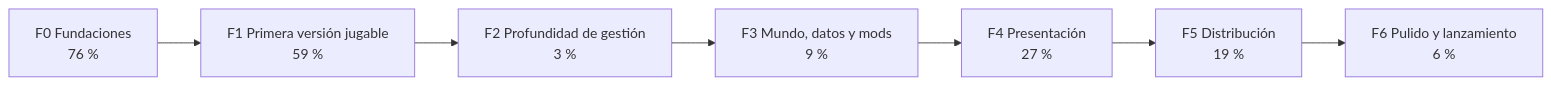
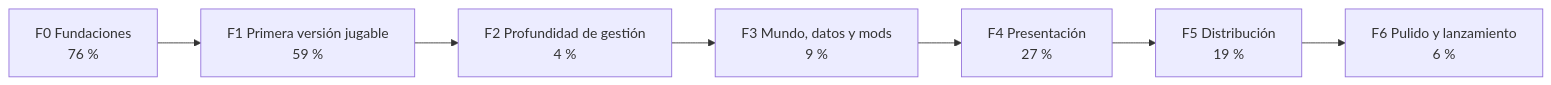
The first of 2 diagrams in README.md (dariogea/BM27), drawn with Mermaid before and after one commit. The commit also changed other lines of this file and 17 other files, not shown here.

````diff
--- a/README.md
+++ b/README.md
@@ -91,11 +91,11 @@
 ```mermaid
 flowchart LR
   F0["F0 Fundaciones<br/>76 %"]
   F1["F1 Primera versión jugable<br/>59 %"]
-  F2["F2 Profundidad de gestión<br/>3 %"]
+  F2["F2 Profundidad de gestión<br/>4 %"]
   F3["F3 Mundo, datos y mods<br/>9 %"]
   F4["F4 Presentación<br/>27 %"]
   F5["F5 Distribución<br/>19 %"]
   F6["F6 Pulido y lanzamiento<br/>6 %"]
   F0 --> F1 --> F2 --> F3 --> F4 --> F5 --> F6
 ```
````
